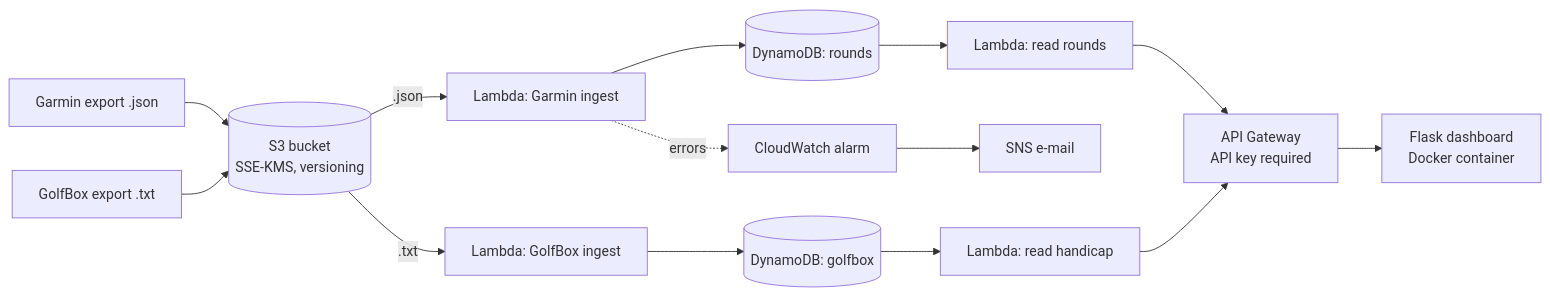
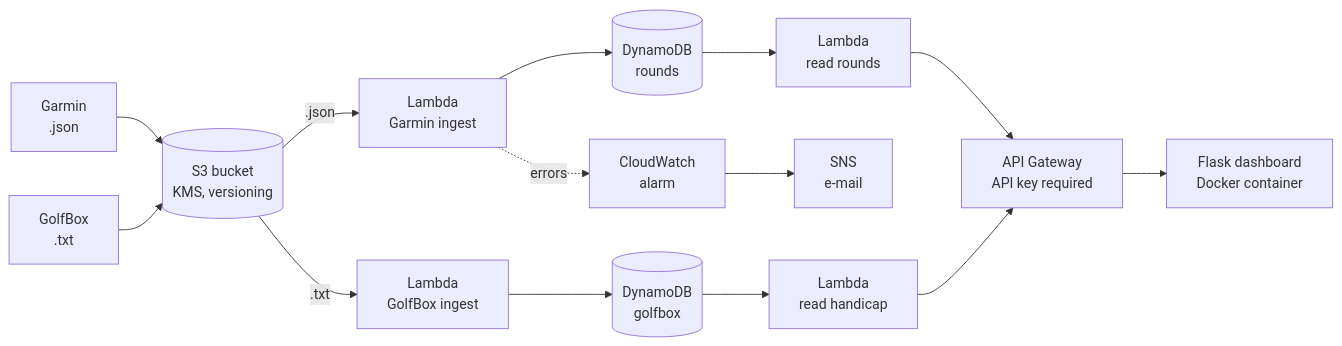
One commit to Ytrearne/aws-golf-stats changed the diagram in README.md. Above: the diagram before and after it, drawn with Mermaid. The commit also changed other lines of this file, not shown here.

Commit message:
Make architecture diagram labels shorter

````diff
--- a/README.md
+++ b/README.md
@@ -18,15 +18,15 @@
 ```mermaid
 flowchart LR
-    G[Garmin export .json] --> S3[(S3 bucket<br/>SSE-KMS, versioning)]
-    B[GolfBox export .txt] --> S3
-    S3 -- ".json" --> L1[Lambda: Garmin ingest]
-    S3 -- ".txt" --> L2[Lambda: GolfBox ingest]
-    L1 --> D1[(DynamoDB: rounds)]
-    L2 --> D2[(DynamoDB: golfbox)]
-    D1 --> R1[Lambda: read rounds]
-    D2 --> R2[Lambda: read handicap]
-    R1 --> API[API Gateway<br/>API key required]
+    G["&nbsp;Garmin&nbsp;<br/>&nbsp;.json&nbsp;"] --> S3[("&nbsp;S3 bucket&nbsp;<br/>&nbsp;KMS, versioning&nbsp;")]
+    B["&nbsp;GolfBox&nbsp;<br/>&nbsp;.txt&nbsp;"] --> S3
+    S3 -- ".json" --> L1["&nbsp;Lambda&nbsp;<br/>&nbsp;Garmin ingest&nbsp;"]
+    S3 -- ".txt" --> L2["&nbsp;Lambda&nbsp;<br/>&nbsp;GolfBox ingest&nbsp;"]
+    L1 --> D1[("&nbsp;DynamoDB&nbsp;<br/>&nbsp;rounds&nbsp;")]
+    L2 --> D2[("&nbsp;DynamoDB&nbsp;<br/>&nbsp;golfbox&nbsp;")]
+    D1 --> R1["&nbsp;Lambda&nbsp;<br/>&nbsp;read rounds&nbsp;"]
+    D2 --> R2["&nbsp;Lambda&nbsp;<br/>&nbsp;read handicap&nbsp;"]
+    R1 --> API["&nbsp;API Gateway&nbsp;<br/>&nbsp;API key required&nbsp;"]
     R2 --> API
-    API --> DASH[Flask dashboard<br/>Docker container]
-    L1 -. errors .-> CW[CloudWatch alarm] --> SNS[SNS e-mail]
+    API --> DASH["&nbsp;Flask dashboard&nbsp;<br/>&nbsp;Docker container&nbsp;"]
+    L1 -. errors .-> CW["&nbsp;CloudWatch&nbsp;<br/>&nbsp;alarm&nbsp;"] --> SNS["&nbsp;SNS&nbsp;<br/>&nbsp;e-mail&nbsp;"]
 ```
````
